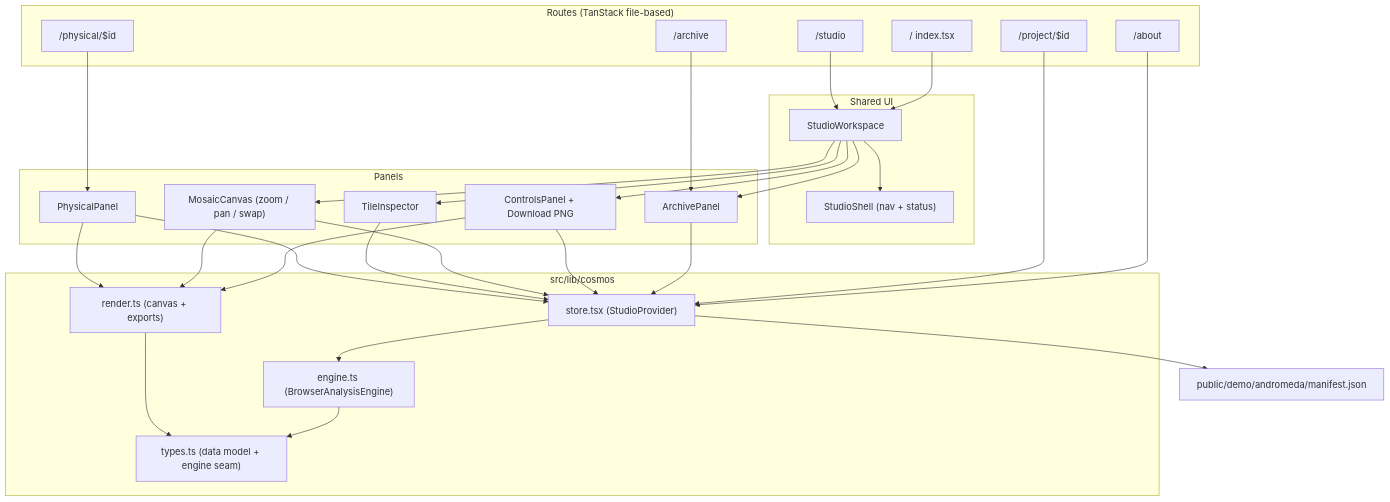
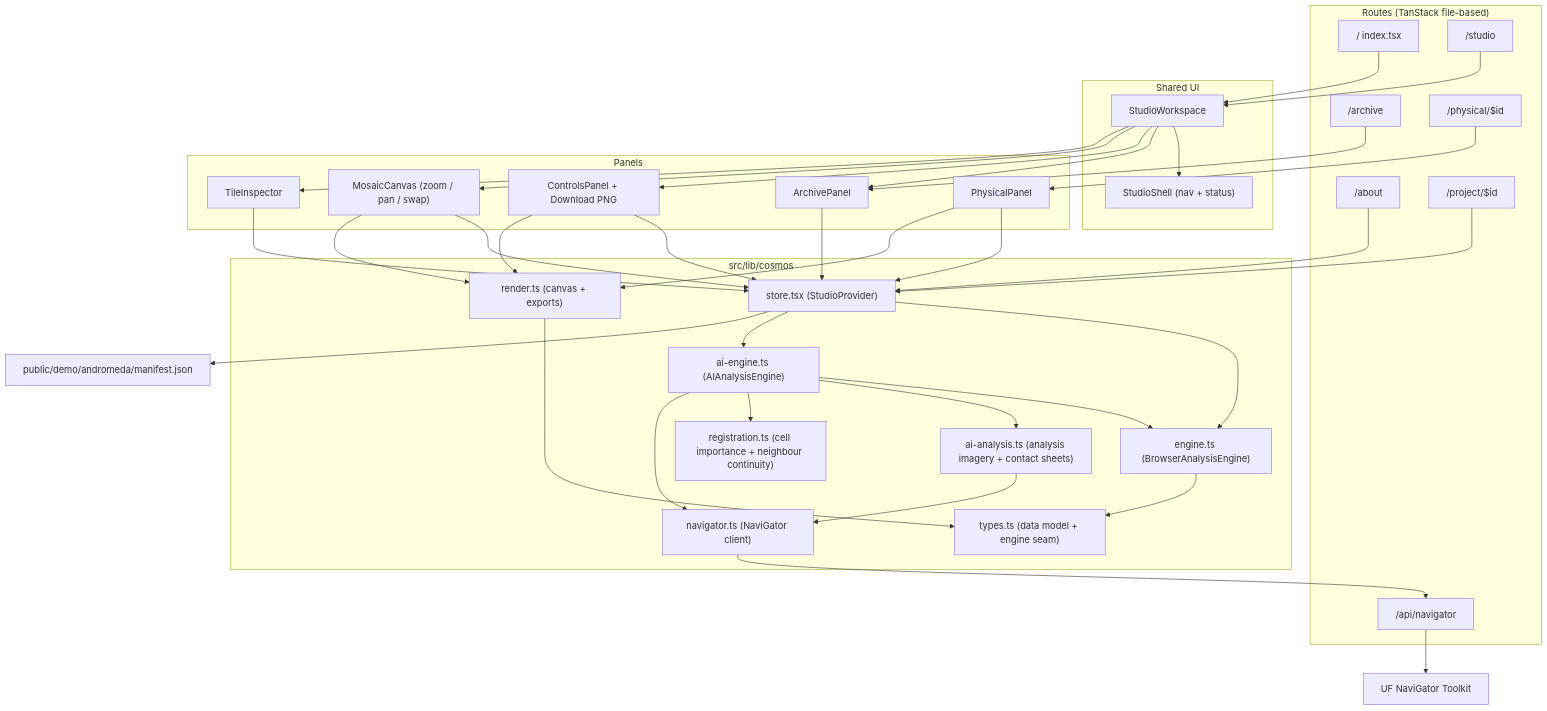
One commit to jayrosen-design/cosmic-collage changed the first of 6 diagrams in README.md. Above: the diagram before and after it, drawn with Mermaid. The commit also changed other lines of this file, not shown here.

````diff
--- a/README.md
+++ b/README.md
@@ -40,59 +40,73 @@
 ```mermaid
 graph TD
   subgraph Routes["Routes (TanStack file-based)"]
     R0["/ index.tsx"]
     RS["/studio"]
     RA["/about"]
     RAR["/archive"]
     RP["/project/$id"]
     RPH["/physical/$id"]
+    RNA["/api/navigator"]
   end
 
   subgraph Shell["Shared UI"]
     SW["StudioWorkspace"]
     SH["StudioShell (nav + status)"]
   end
 
   subgraph Panels["Panels"]
     AP["ArchivePanel"]
     CP["ControlsPanel + Download PNG"]
     MC["MosaicCanvas (zoom / pan / swap)"]
     TI["TileInspector"]
     PP["PhysicalPanel"]
   end
 
   subgraph Core["src/lib/cosmos"]
     ST["store.tsx (StudioProvider)"]
     EN["engine.ts (BrowserAnalysisEngine)"]
     RN["render.ts (canvas + exports)"]
     TY["types.ts (data model + engine seam)"]
+    AI["ai-engine.ts (AIAnalysisEngine)"]
+    AN["ai-analysis.ts (analysis imagery + contact sheets)"]
+    RG["registration.ts (cell importance + neighbour continuity)"]
+    NV["navigator.ts (NaviGator client)"]
   end
 
   MAN["public/demo/andromeda/manifest.json"]
+  UP["UF NaviGator Toolkit"]
 
   R0 --> SW
   RS --> SW
   SW --> SH
   SW --> AP
   SW --> CP
   SW --> MC
   SW --> TI
   RPH --> PP
   RA --> ST
   RAR --> AP
   RP --> ST
 
   AP --> ST
   CP --> ST
   MC --> ST
   TI --> ST
   PP --> ST
 
   ST --> EN
+  ST --> AI
   ST --> MAN
   CP --> RN
   MC --> RN
   PP --> RN
   EN --> TY
   RN --> TY
+  AI --> EN
+  AI --> AN
+  AI --> RG
+  AI --> NV
+  AN --> NV
+  NV --> RNA
+  RNA --> UP
 ```
````
